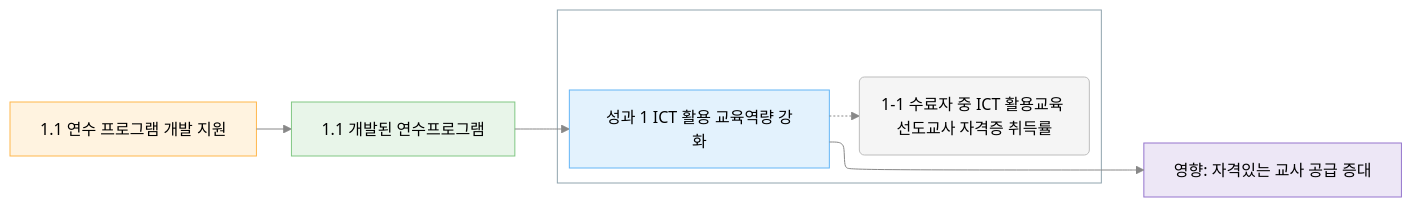
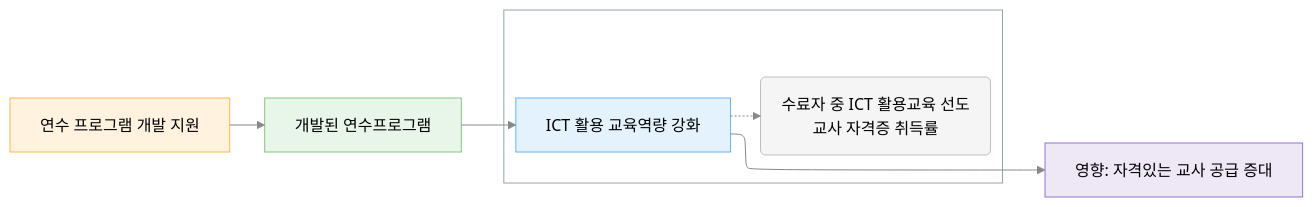
The diagram in skills/theory-of-change-agent/benchmark/render/good/toc.md (IMPACT-SQUARE/theory-of-change-agent), drawn with Mermaid before and after one commit. The commit also changed 3 other files, not shown here.

First line of the commit message:
Diagram labels numberless; §2 renamed 변화 경로; plain verification; v1.2.2

````diff
--- a/skills/theory-of-change-agent/benchmark/render/good/toc.md
+++ b/skills/theory-of-change-agent/benchmark/render/good/toc.md
@@ -7,18 +7,18 @@
 ```mermaid
 %%{init: {"flowchart": {"defaultRenderer": "elk"}, "theme": "base", "themeVariables": {"fontSize": "16px", "lineColor": "#888", "primaryTextColor": "#000", "clusterBkg": "transparent", "clusterBorder": "#90a4ae", "edgeLabelBackground": "#ffffff"}}}%%
 flowchart LR
   classDef act fill:#fff3e0,stroke:#ffb74d,color:#000;
   classDef out fill:#e8f5e9,stroke:#81c784,color:#000;
   classDef outcome fill:#e3f2fd,stroke:#64b5f6,color:#000;
   classDef ind fill:#f5f5f5,stroke:#bdbdbd,color:#000;
   classDef impact fill:#ede7f6,stroke:#9575cd,color:#000;
-  act_1["1.1 연수 프로그램 개발 지원"]:::act --> op_1["1.1 개발된 연수프로그램"]:::out
+  act_1["연수 프로그램 개발 지원"]:::act --> op_1["개발된 연수프로그램"]:::out
   subgraph oc_g1 [" "]
     direction TB
-    oc_1["성과 1 ICT 활용 교육역량 강화"]:::outcome
-    ind_oc_1_1("1-1 수료자 중 ICT 활용교육 선도교사 자격증 취득률"):::ind
+    oc_1["ICT 활용 교육역량 강화"]:::outcome
+    ind_oc_1_1("수료자 중 ICT 활용교육 선도교사 자격증 취득률"):::ind
     oc_1 -.-> ind_oc_1_1
   end
   op_1 --> oc_1
   oc_1 --> imp_1["영향: 자격있는 교사 공급 증대"]:::impact
 ```
````
